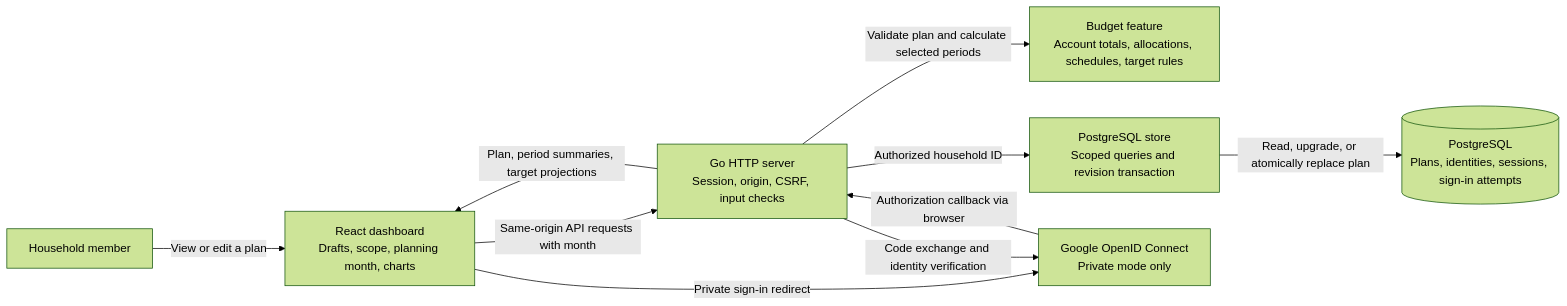
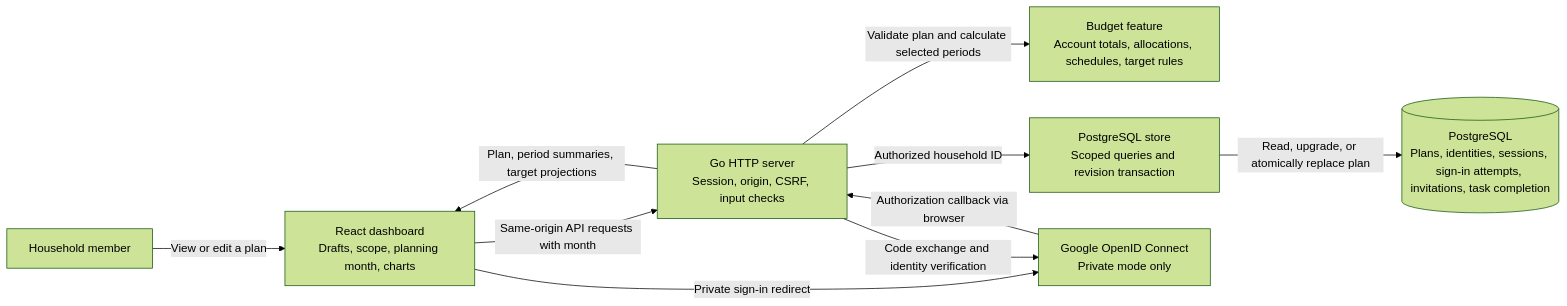
The first of 3 diagrams in docs/system-design/README.md (MichaelGorman2004/Bank-Piggy), drawn with Mermaid (forest theme) before and after one commit. The commit also changed other lines of this file and 138 other files, not shown here.

````diff
--- a/docs/system-design/README.md
+++ b/docs/system-design/README.md
@@ -11,20 +13,20 @@
 ```mermaid
 flowchart LR
     Member["Household member"]
     Browser["React dashboard<br/>Drafts, scope, planning month, charts"]
     HTTP["Go HTTP server<br/>Session, origin, CSRF, input checks"]
     Budget["Budget feature<br/>Account totals, allocations, schedules, target rules"]
     Store["PostgreSQL store<br/>Scoped queries and revision transaction"]
-    DB[("PostgreSQL<br/>Plans, identities, sessions, sign-in attempts")]
+    DB[("PostgreSQL<br/>Plans, identities, sessions, sign-in attempts, invitations, task completion")]
     Google["Google OpenID Connect<br/>Private mode only"]
 
     Member -->|"View or edit a plan"| Browser
     Browser -->|"Same-origin API requests with month"| HTTP
     HTTP -->|"Validate plan and calculate selected periods"| Budget
     HTTP -->|"Authorized household ID"| Store
     Store -->|"Read, upgrade, or atomically replace plan"| DB
     HTTP -->|"Plan, period summaries, target projections"| Browser
     Browser -->|"Private sign-in redirect"| Google
     Google -->|"Authorization callback via browser"| HTTP
     HTTP -->|"Code exchange and identity verification"| Google
 ```
````
